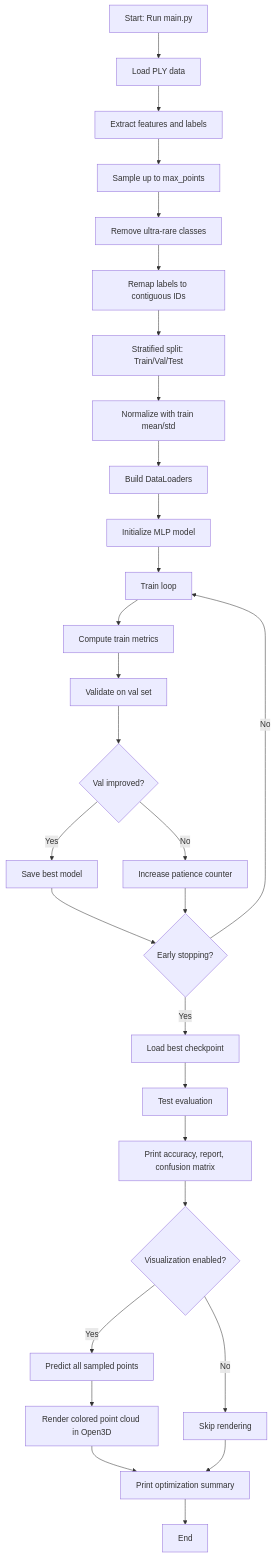
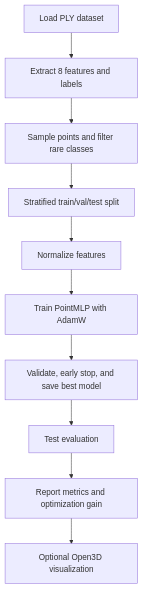
One commit to pushkarkn/point-cloud-data-processing changed the diagram in README.md. Above: the diagram before and after it, drawn with Mermaid.

Commit message:
feat: Update visual flow

````diff
--- a/README.md
+++ b/README.md
@@ -63,31 +63,12 @@
 ```mermaid
 flowchart TD
-   A[Start: Run main.py] --> B[Load PLY data]
-   B --> C[Extract features and labels]
-   C --> D[Sample up to max_points]
-   D --> E[Remove ultra-rare classes]
-   E --> F[Remap labels to contiguous IDs]
-   F --> G[Stratified split: Train/Val/Test]
-   G --> H[Normalize with train mean/std]
-   H --> I[Build DataLoaders]
-   I --> J[Initialize MLP model]
-   J --> K[Train loop]
-   K --> L[Compute train metrics]
-   L --> M[Validate on val set]
-   M --> N{Val improved?}
-   N -->|Yes| O[Save best model]
-   N -->|No| P[Increase patience counter]
-   O --> Q{Early stopping?}
-   P --> Q
-   Q -->|No| K
-   Q -->|Yes| R[Load best checkpoint]
-   R --> S[Test evaluation]
-   S --> T[Print accuracy, report, confusion matrix]
-   T --> U{Visualization enabled?}
-   U -->|Yes| V[Predict all sampled points]
-   V --> W[Render colored point cloud in Open3D]
-   U -->|No| X[Skip rendering]
-   W --> Y[Print optimization summary]
-   X --> Y
-   Y --> Z[End]
+   A[Load PLY dataset] --> B[Extract 8 features and labels]
+   B --> C[Sample points and filter rare classes]
+   C --> D[Stratified train/val/test split]
+   D --> E[Normalize features]
+   E --> F[Train PointMLP with AdamW]
+   F --> G[Validate, early stop, and save best model]
+   G --> H[Test evaluation]
+   H --> I[Report metrics and optimization gain]
+   I --> J[Optional Open3D visualization]
 ```
````
